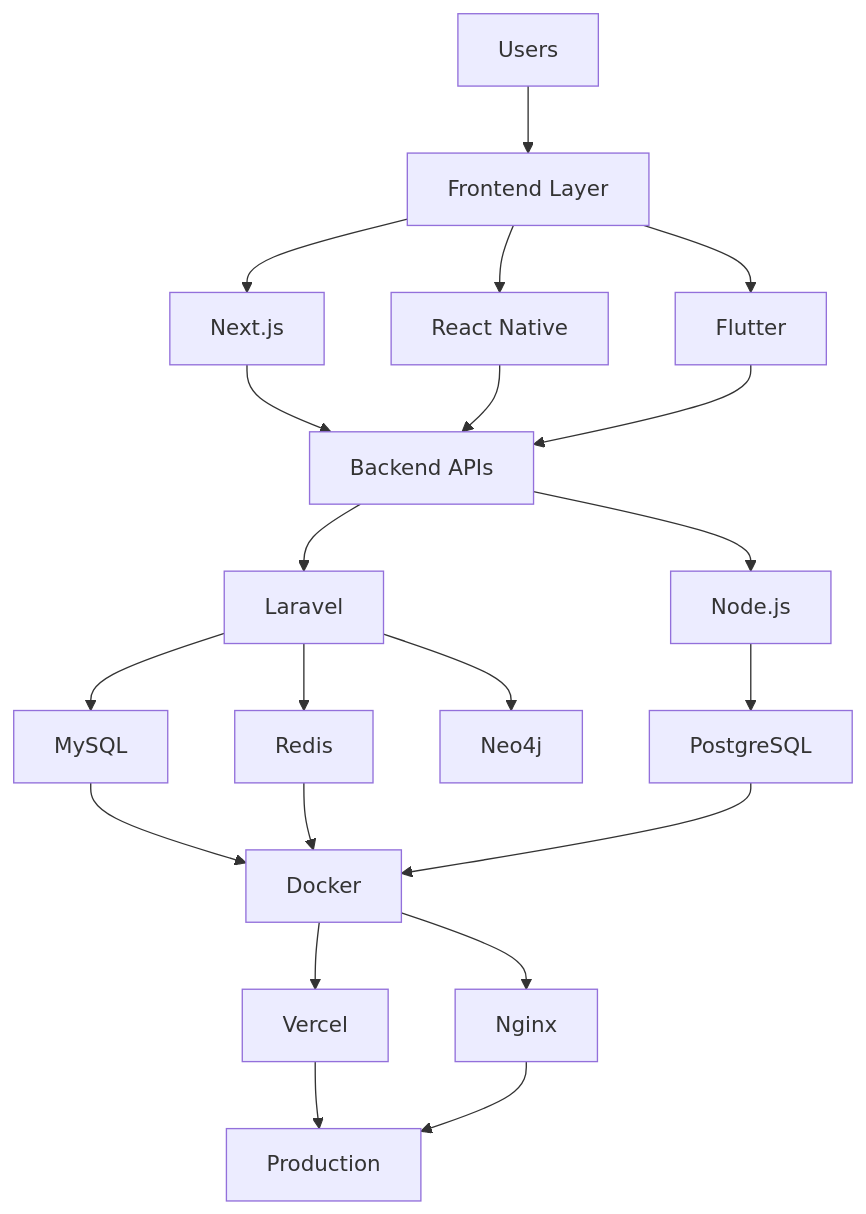
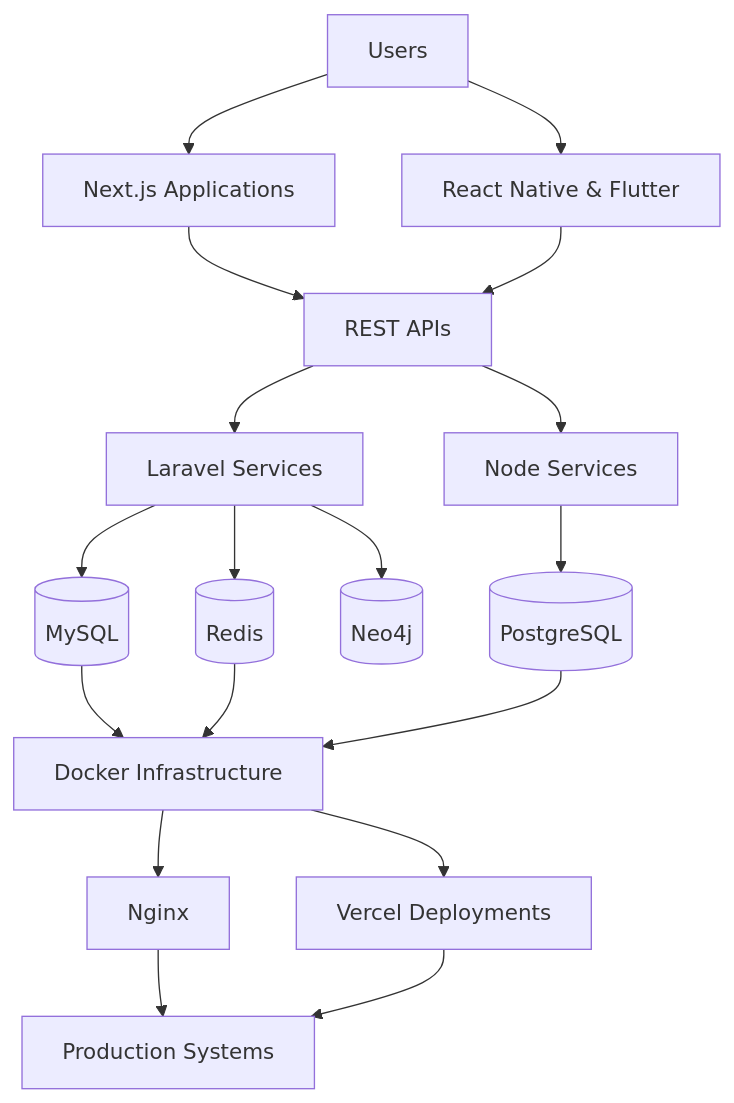
Before and after one commit to Aravindan-001/Aravindan-001: the diagram in README.md, drawn with Mermaid. The commit also changed other lines of this file, not shown here.

````diff
--- a/README.md
+++ b/README.md
@@ -121,32 +108,30 @@
 ```mermaid
 graph TD
 
-A[Users] --> B[Frontend Layer]
+Client[Users]
 
-B --> C[Next.js]
-B --> D[React Native]
-B --> E[Flutter]
+Client --> Web[Next.js Applications]
+Client --> Mobile[React Native & Flutter]
 
-C --> F[Backend APIs]
-D --> F
-E --> F
+Web --> API[REST APIs]
+Mobile --> API
 
-F --> G[Laravel]
-F --> H[Node.js]
+API --> Laravel[Laravel Services]
+API --> Node[Node Services]
 
-G --> I[MySQL]
-G --> J[Redis]
-G --> K[Neo4j]
+Laravel --> MySQL[(MySQL)]
+Laravel --> Redis[(Redis)]
+Laravel --> Neo4j[(Neo4j)]
 
-H --> L[PostgreSQL]
+Node --> PostgreSQL[(PostgreSQL)]
 
-I --> M[Docker]
-J --> M
-L --> M
+MySQL --> Docker[Docker Infrastructure]
+Redis --> Docker
+PostgreSQL --> Docker
 
-M --> N[Vercel]
-M --> O[Nginx]
+Docker --> Vercel[Vercel Deployments]
+Docker --> Nginx[Nginx]
 
-N --> P[Production]
-O --> P
+Nginx --> Production[Production Systems]
+Vercel --> Production
 ```
````
